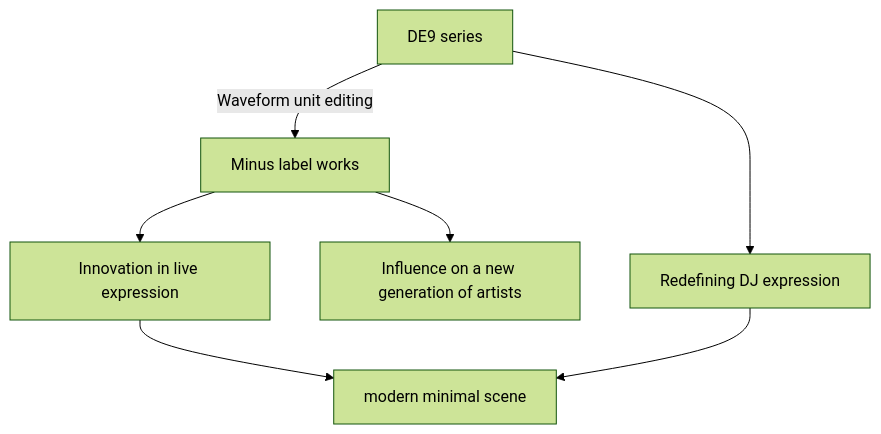
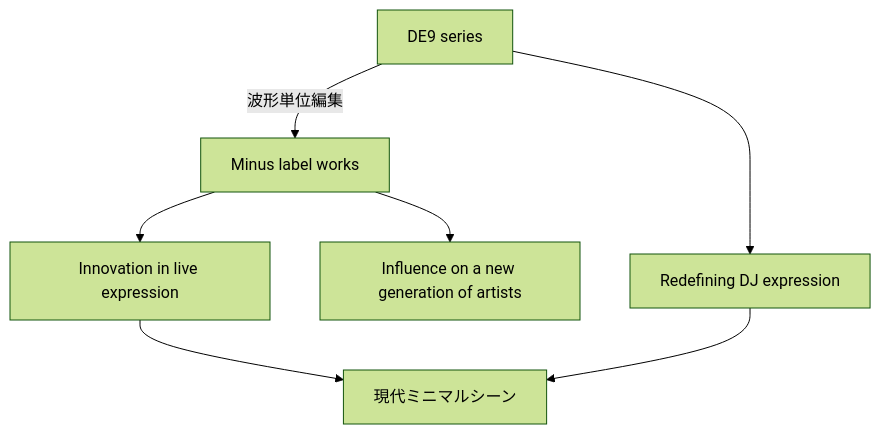
Before and after one commit to monumental-movement/monumental-movement.github.io: the seventh of 7 diagrams in en/_posts/2025-10-24-column-plastikman-richie-hawtin.md, drawn with Mermaid (forest theme). The commit also changed other lines of this file and 1012 other files, not shown here.

```diff
--- a/en/_posts/2025-10-24-column-plastikman-richie-hawtin.md
+++ b/en/_posts/2025-10-24-column-plastikman-richie-hawtin.md
@@ -315,11 +315,11 @@
 <div class="mermaid">
 
 flowchart TD
-    A[DE9 series] -->|Waveform unit editing| B[Minus label works]
+    A[DE9 series] -->|波形単位編集| B[Minus label works]
     B --> C[Innovation in live expression]
-    C --> D[modern minimal scene]
+    C --> D[現代ミニマルシーン]
     B --> E[Influence on a new generation of artists]
     A --> F[Redefining DJ expression]
     F --> D
 
 </div>
```
